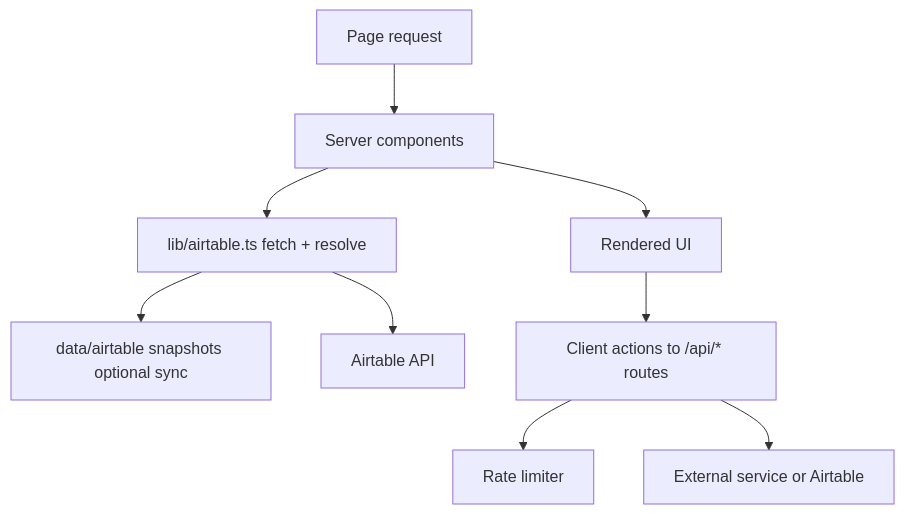
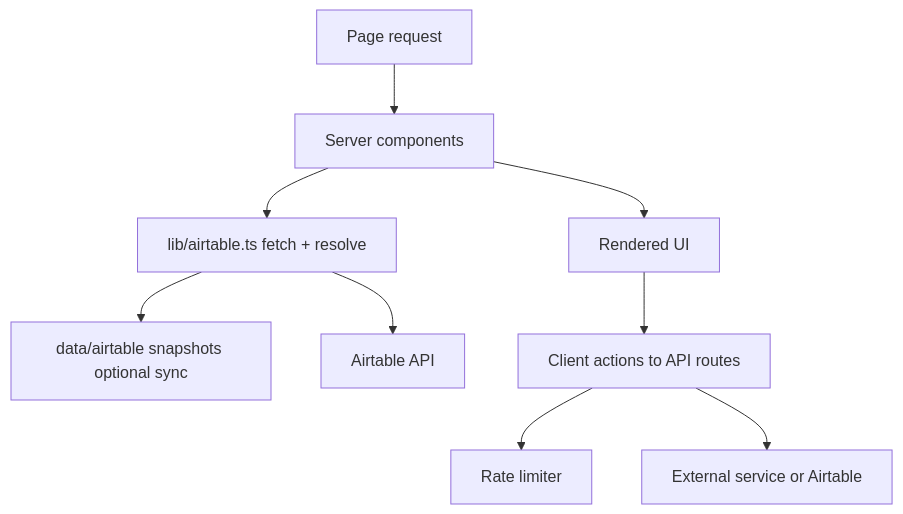
Before and after one commit to philosophercode/MakerLab_Tools: the second of 8 diagrams in v3/README.md, drawn with Mermaid. The commit also changed other lines of this file, not shown here.

Commit message:
docs(v3): fix mermaid flowchart labels for GitHub rendering

````diff
--- a/v3/README.md
+++ b/v3/README.md
@@ -97,11 +97,11 @@
 ```mermaid
 flowchart TD
-  P[Page request] --> R[Server components]
-  R --> L[lib/airtable.ts fetch + resolve]
-  L --> S[data/airtable snapshots optional sync]
-  L --> T[Airtable API]
-  R --> UI[Rendered UI]
-  UI --> API[Client actions to /api/* routes]
-  API --> RL[Rate limiter]
-  API --> EXT[External service or Airtable]
+  P["Page request"] --> R["Server components"]
+  R --> L["lib/airtable.ts fetch + resolve"]
+  L --> S["data/airtable snapshots optional sync"]
+  L --> T["Airtable API"]
+  R --> UI["Rendered UI"]
+  UI --> API["Client actions to API routes"]
+  API --> RL["Rate limiter"]
+  API --> EXT["External service or Airtable"]
 ```
````
